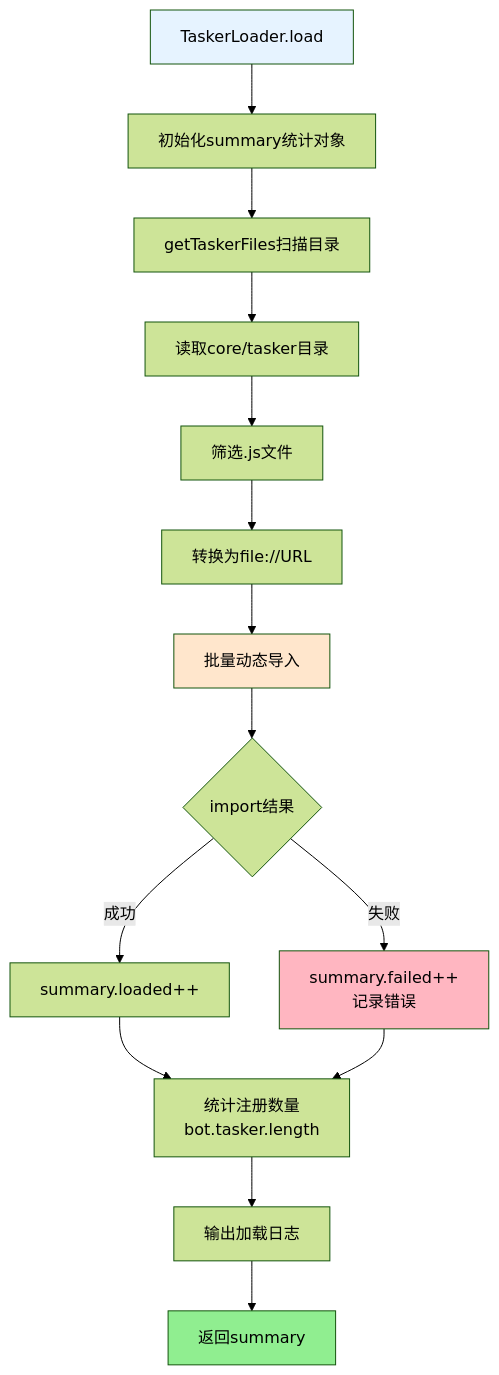
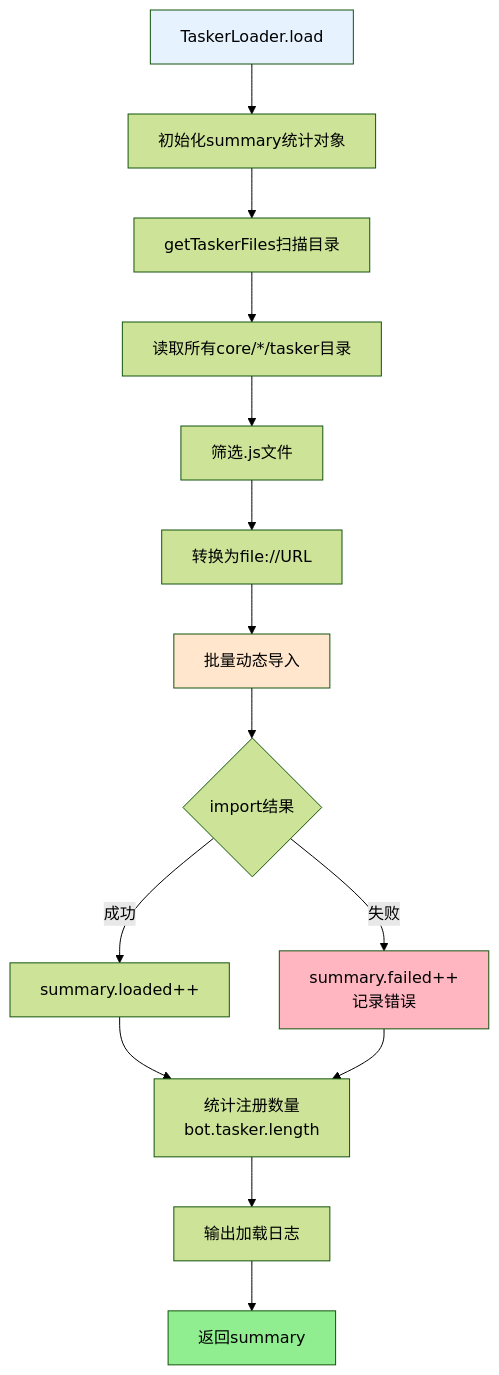
One commit to sunflowermm/XRK-AGT changed the first of 2 diagrams in docs/tasker-loader.md. Above: the diagram before and after it, drawn with Mermaid (forest theme). The commit also changed other lines of this file and 116 other files, not shown here.

````diff
--- a/docs/tasker-loader.md
+++ b/docs/tasker-loader.md
@@ -32,21 +35,21 @@
 ```mermaid
 flowchart TB
     A[TaskerLoader.load] --> B[初始化summary统计对象]
     B --> C[getTaskerFiles扫描目录]
-    C --> D[读取core/tasker目录]
+    C --> D[读取所有core/*/tasker目录]
     D --> E[筛选.js文件]
     E --> F[转换为file://URL]
     F --> G[批量动态导入]
     G --> H{import结果}
     H -->|成功| I[summary.loaded++]
     H -->|失败| J[summary.failed++<br/>记录错误]
     I --> K[统计注册数量<br/>bot.tasker.length]
     J --> K
     K --> L[输出加载日志]
     L --> M[返回summary]
     
     style A fill:#E6F3FF
     style G fill:#FFE6CC
     style M fill:#90EE90
     style J fill:#FFB6C1
 ```
````
